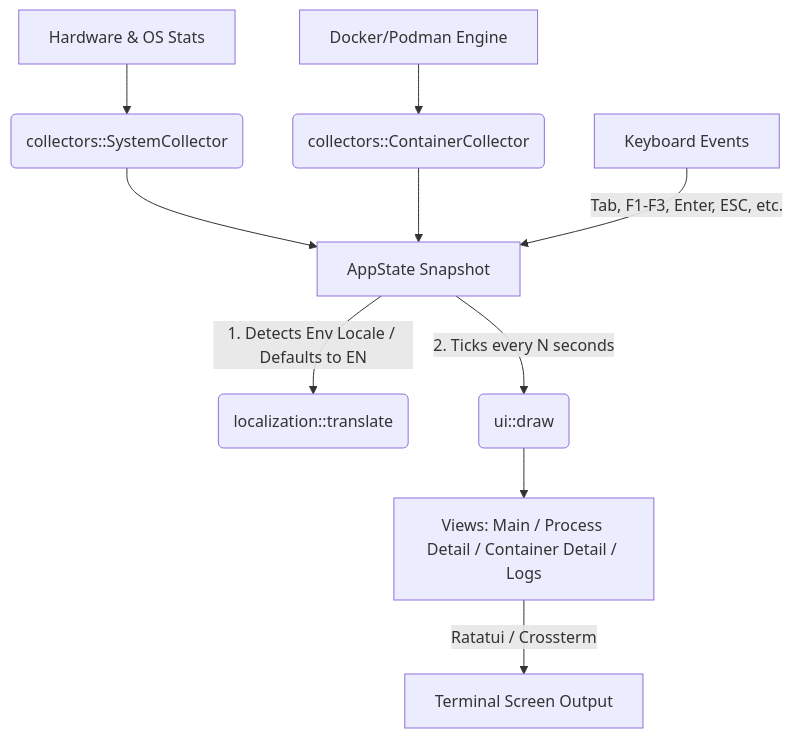
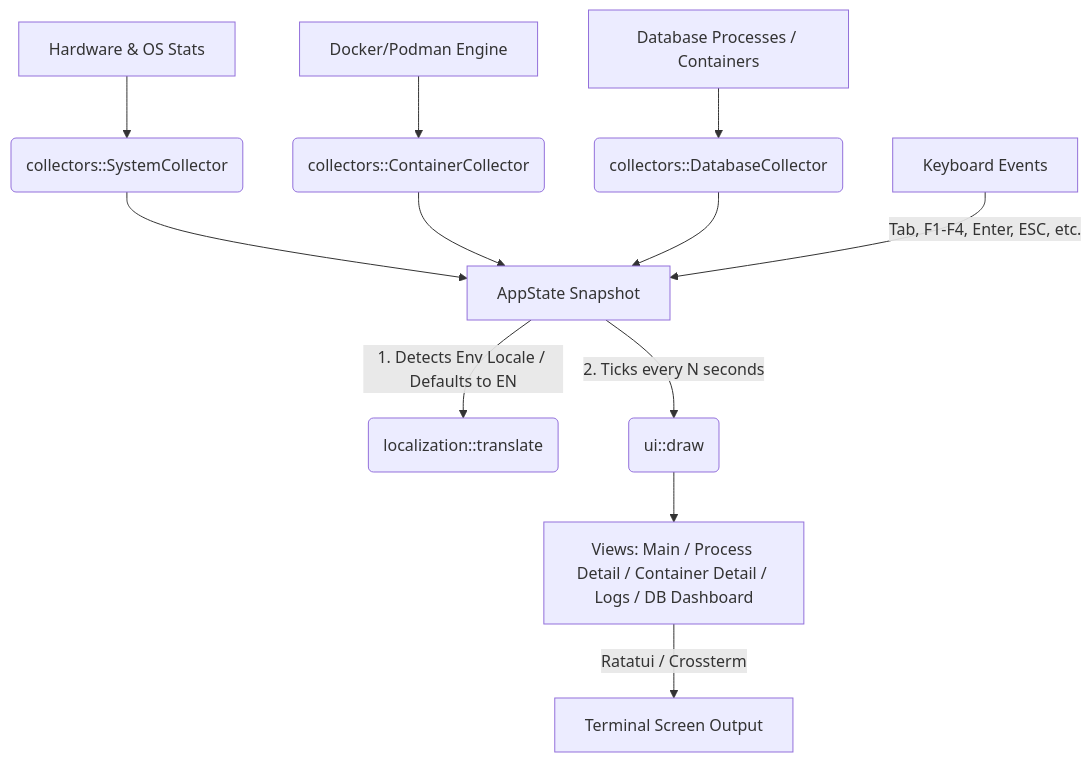
The diagram in README.md (rebienkrdns/rtop), drawn with Mermaid before and after one commit. The commit also changed other lines of this file and 18 other files, not shown here.

````diff
--- a/README.md
+++ b/README.md
@@ -22,16 +54,18 @@
 ```mermaid
 graph TD
     A[Hardware & OS Stats] --> B(collectors::SystemCollector)
     C[Docker/Podman Engine] --> D(collectors::ContainerCollector)
-    
-    B --> E[AppState Snapshot]
-    D --> E
-    
-    E -->|1. Detects Env Locale / Defaults to EN| F(localization::translate)
-    E -->|2. Ticks every N seconds| G(ui::draw)
-    
-    G --> H[Views: Main / Process Detail / Container Detail / Logs]
-    H -->|Ratatui / Crossterm| I[Terminal Screen Output]
-    
-    J[Keyboard Events] -->|Tab, F1-F3, Enter, ESC, etc.| E
+    E[Database Processes / Containers] --> F(collectors::DatabaseCollector)
+
+    B --> G[AppState Snapshot]
+    D --> G
+    F --> G
+
+    G -->|1. Detects Env Locale / Defaults to EN| H(localization::translate)
+    G -->|2. Ticks every N seconds| I(ui::draw)
+
+    I --> J[Views: Main / Process Detail / Container Detail / Logs / DB Dashboard]
+    J -->|Ratatui / Crossterm| K[Terminal Screen Output]
+
+    L[Keyboard Events] -->|Tab, F1-F4, Enter, ESC, etc.| G
 ```
````
